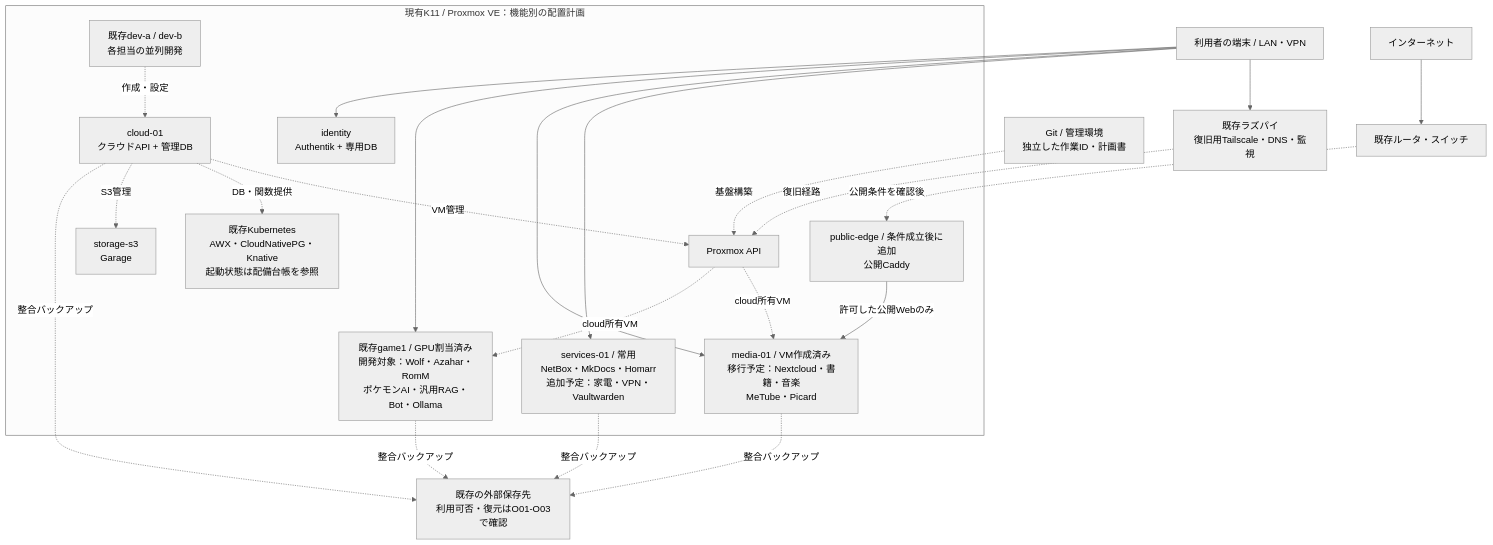
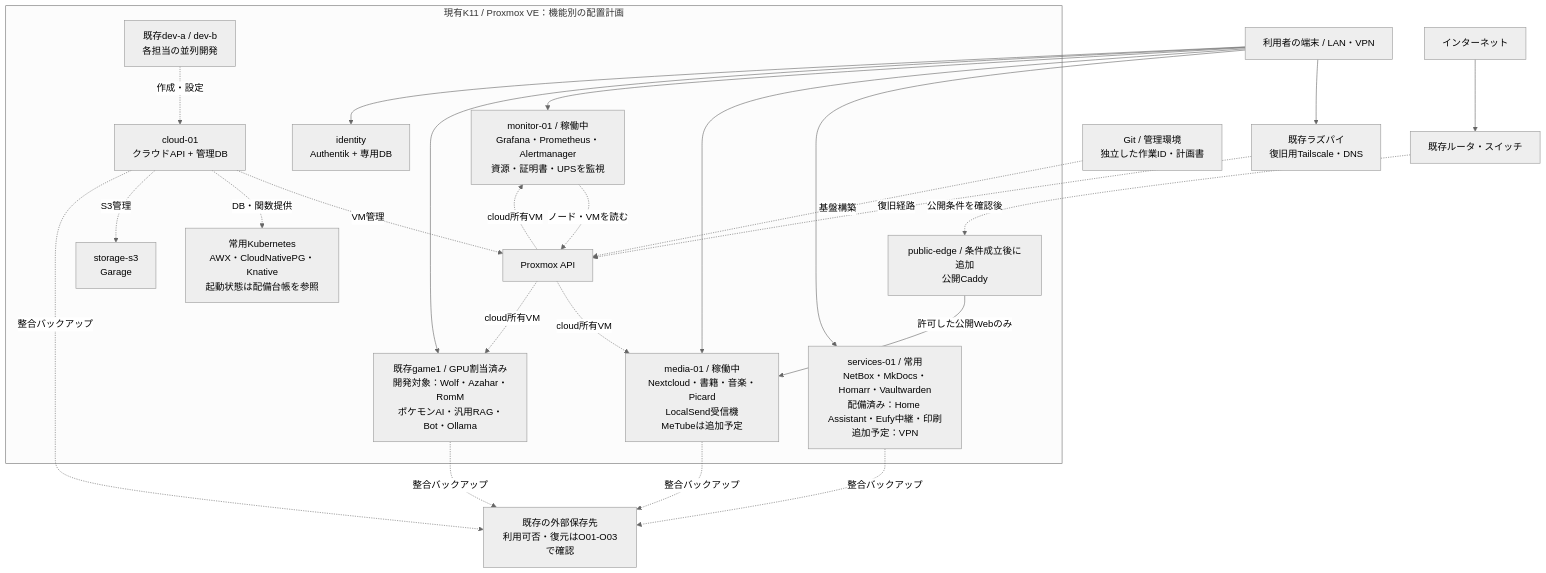
Before and after one commit to rurutheGeek/shake-cloud: the diagram in docs/architecture/diagrams/overview.mmd, drawn with Mermaid (neutral theme). The commit also changed 145 other files, not shown here.

```diff
--- a/docs/architecture/diagrams/overview.mmd
+++ b/docs/architecture/diagrams/overview.mmd
@@ -1,36 +1,40 @@
 flowchart TB
   users["利用者の端末 / LAN・VPN"]
-  pi["既存ラズパイ<br/>復旧用Tailscale・DNS・監視"]
+  pi["既存ラズパイ<br/>復旧用Tailscale・DNS"]
   internet["インターネット"] --> router["既存ルータ・スイッチ"]
   subgraph host["現有K11 / Proxmox VE：機能別の配置計画"]
-    services["services-01 / 常用<br/>NetBox・MkDocs・Homarr<br/>追加予定：家電・VPN・Vaultwarden"]
-    media["media-01 / VM作成済み<br/>移行予定：Nextcloud・書籍・音楽<br/>MeTube・Picard"]
+    services["services-01 / 常用<br/>NetBox・MkDocs・Homarr・Vaultwarden<br/>配備済み：Home Assistant・Eufy中継・印刷<br/>追加予定：VPN"]
+    media["media-01 / 稼働中<br/>Nextcloud・書籍・音楽・Picard<br/>LocalSend受信機<br/>MeTubeは追加予定"]
+    monitor["monitor-01 / 稼働中<br/>Grafana・Prometheus・Alertmanager<br/>資源・証明書・UPSを監視"]
     game["既存game1 / GPU割当済み<br/>開発対象：Wolf・Azahar・RomM<br/>ポケモンAI・汎用RAG・Bot・Ollama"]
     identity["identity<br/>Authentik + 専用DB"]
     cloud["cloud-01<br/>クラウドAPI + 管理DB"]
-    k8s["既存Kubernetes<br/>AWX・CloudNativePG・Knative<br/>起動状態は配備台帳を参照"]
+    k8s["常用Kubernetes<br/>AWX・CloudNativePG・Knative<br/>起動状態は配備台帳を参照"]
     s3["storage-s3<br/>Garage"]
     edge["public-edge / 条件成立後に追加<br/>公開Caddy"]
     pve["Proxmox API"]
     dev["既存dev-a / dev-b<br/>各担当の並列開発"]
     edge -->|許可した公開Webのみ| media
     cloud -. VM管理 .-> pve
     cloud -. DB・関数提供 .-> k8s
     cloud -. S3管理 .-> s3
     pve -. cloud所有VM .-> media
+    pve -. cloud所有VM .-> monitor
     pve -. cloud所有VM .-> game
+    monitor -. ノード・VMを読む .-> pve
     dev -. 作成・設定 .-> cloud
   end
   users --> services
   users --> media
+  users --> monitor
   users --> game
   users --> identity
   users --> pi
   pi -. 復旧経路 .-> pve
   router -. 公開条件を確認後 .-> edge
   git["Git / 管理環境<br/>独立した作業ID・計画書"] -. 基盤構築 .-> pve
   backup["既存の外部保存先<br/>利用可否・復元はO01-O03で確認"]
   services -. 整合バックアップ .-> backup
   media -. 整合バックアップ .-> backup
   game -. 整合バックアップ .-> backup
   cloud -. 整合バックアップ .-> backup
```
